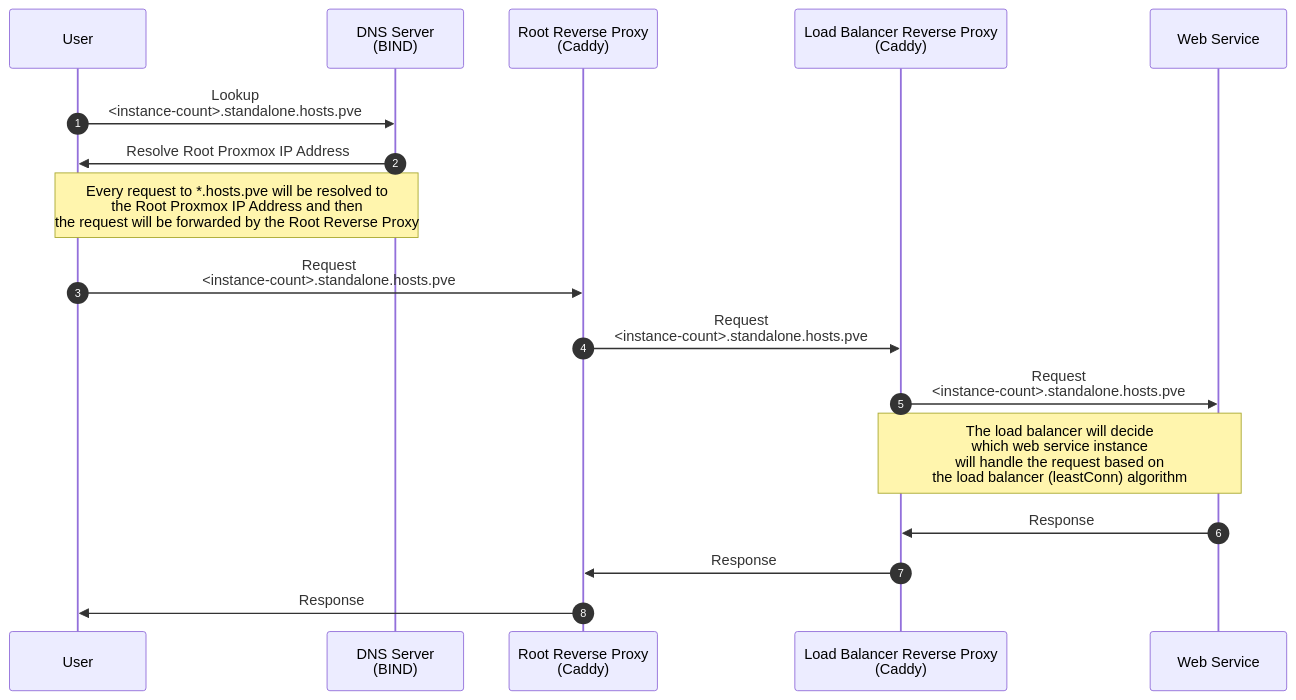
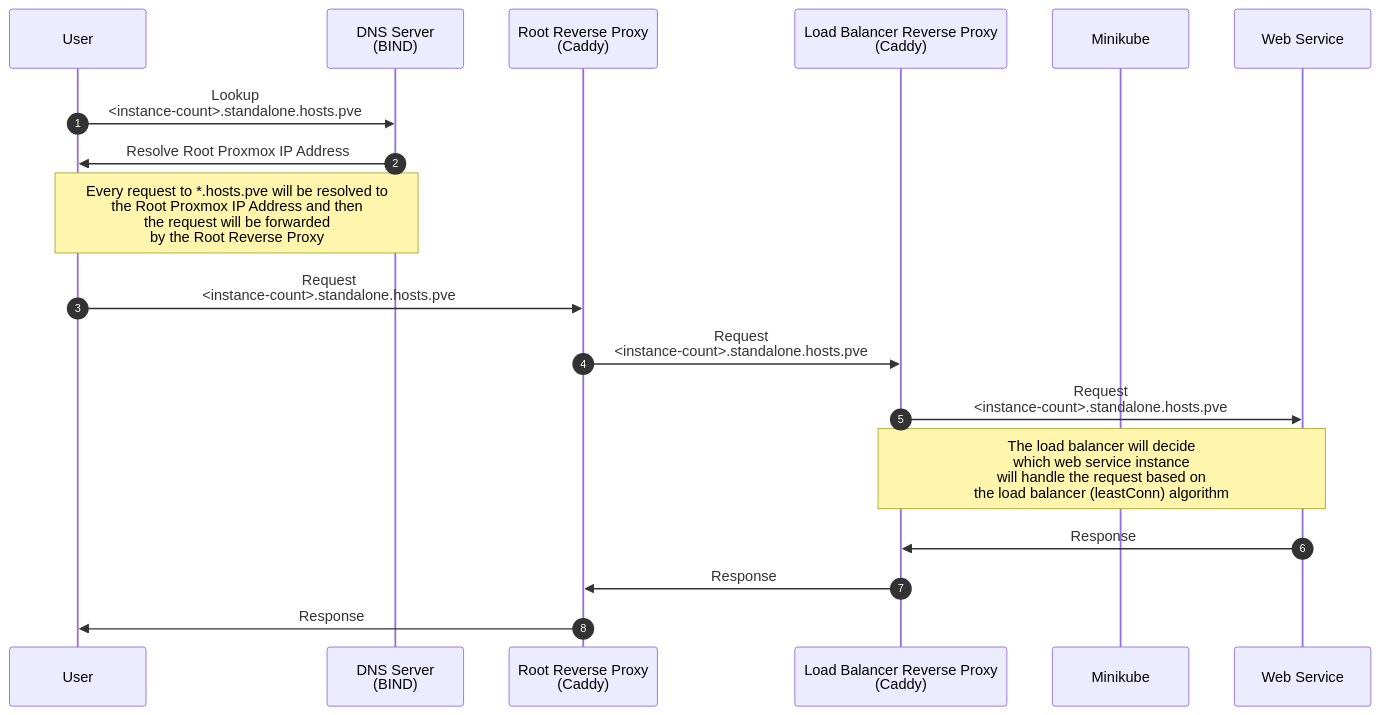
The first of 2 diagrams in README.md (Syakhisk/proxmox-minikube-knative), drawn with Mermaid before and after one commit. The commit also changed other lines of this file, not shown here.

Commit message:
Update networking sequence diagram

````diff
--- a/README.md
+++ b/README.md
@@ -61,24 +61,25 @@
 ```mermaid
 sequenceDiagram
   autonumber
   participant user as User
   participant bind as DNS Server <br> (BIND)
   participant rootCaddy as Root Reverse Proxy <br> (Caddy)
   participant lbCaddy as Load Balancer Reverse Proxy <br> (Caddy)
+  participant kube as Minikube
   participant svc as Web Service
 
   user ->> bind: Lookup <br> <instance-count>.standalone.hosts.pve
   bind ->> user: Resolve Root Proxmox IP Address
-  note over user,bind: Every request to *.hosts.pve will be resolved to <br> the Root Proxmox IP Address and then<br> the request will be forwarded by the Root Reverse Proxy
+  note over user,bind: Every request to *.hosts.pve will be resolved to <br> the Root Proxmox IP Address and then<br> the request will be forwarded <br>by the Root Reverse Proxy
 
   user ->> rootCaddy: Request <br> <instance-count>.standalone.hosts.pve
 
   rootCaddy ->> lbCaddy: Request <br> <instance-count>.standalone.hosts.pve
 
   lbCaddy ->> svc: Request <br> <instance-count>.standalone.hosts.pve
   note over lbCaddy,svc: The load balancer will decide <br> which web service instance <br> will handle the request based on <br> the load balancer (leastConn) algorithm
 
   svc ->> lbCaddy: Response
   lbCaddy ->> rootCaddy: Response
   rootCaddy ->> user: Response
 ```
````
